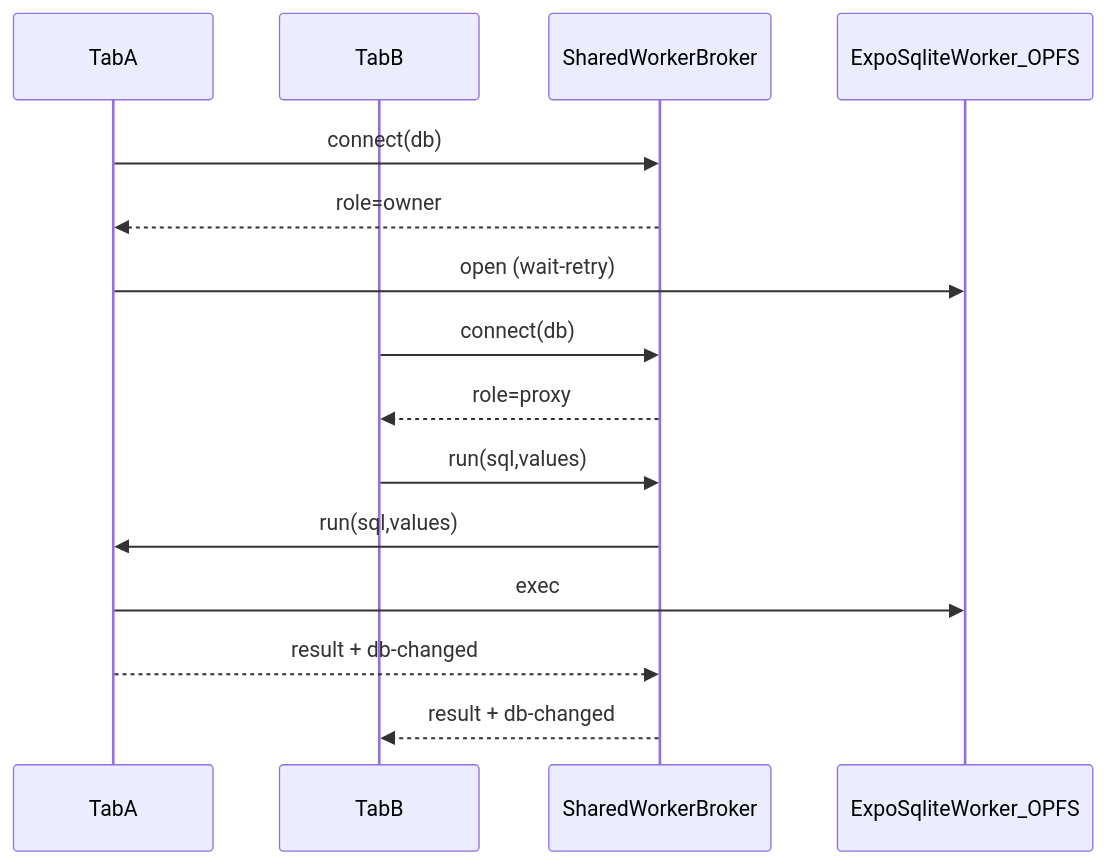
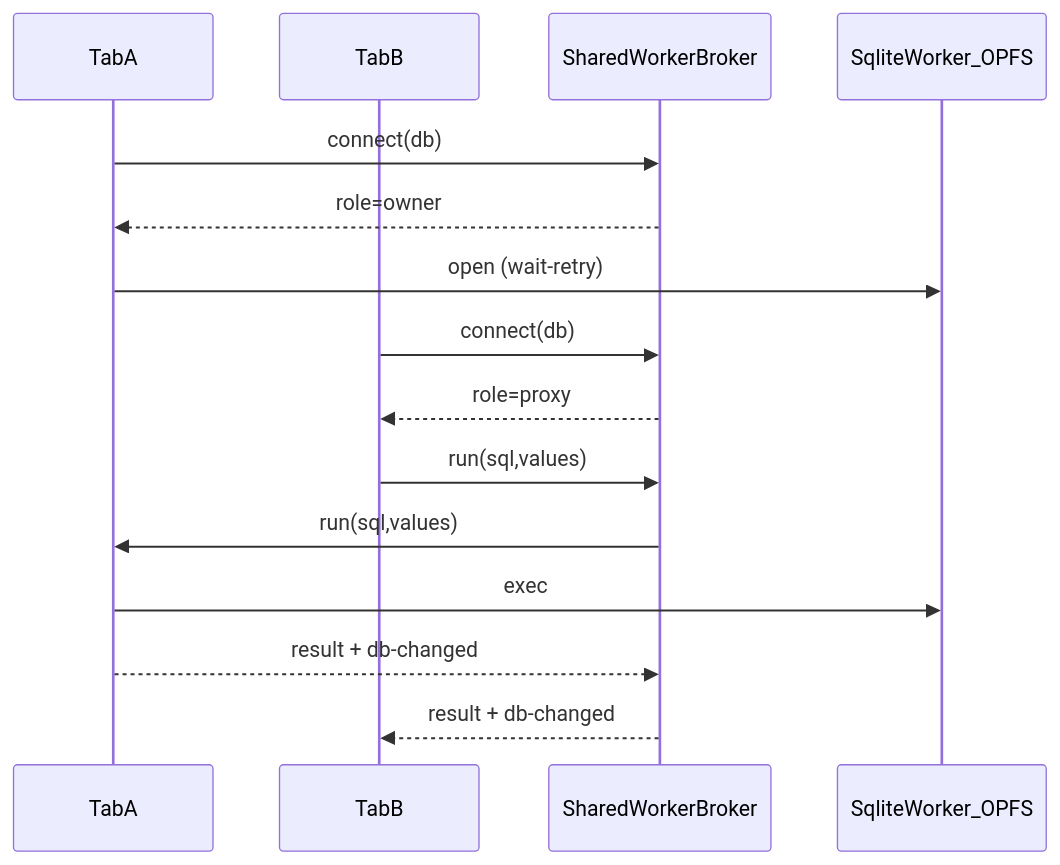
The first of 3 diagrams in pkgs/sql-client-sqlite-web/src/README.md (crvouga/gamezilla), drawn with Mermaid before and after one commit. The commit also changed other lines of this file and 198 other files, not shown here.

````diff
--- a/pkgs/sql-client-sqlite-web/src/README.md
+++ b/pkgs/sql-client-sqlite-web/src/README.md
@@ -14,18 +14,18 @@
 ```mermaid
 sequenceDiagram
   participant TabA
   participant TabB
   participant SW as SharedWorkerBroker
-  participant Opfs as ExpoSqliteWorker_OPFS
+  participant Opfs as SqliteWorker_OPFS
 
   TabA->>SW: connect(db)
   SW-->>TabA: role=owner
   TabA->>Opfs: open (wait-retry)
   TabB->>SW: connect(db)
   SW-->>TabB: role=proxy
   TabB->>SW: run(sql,values)
   SW->>TabA: run(sql,values)
   TabA->>Opfs: exec
   TabA-->>SW: result + db-changed
   SW-->>TabB: result + db-changed
 ```
````
